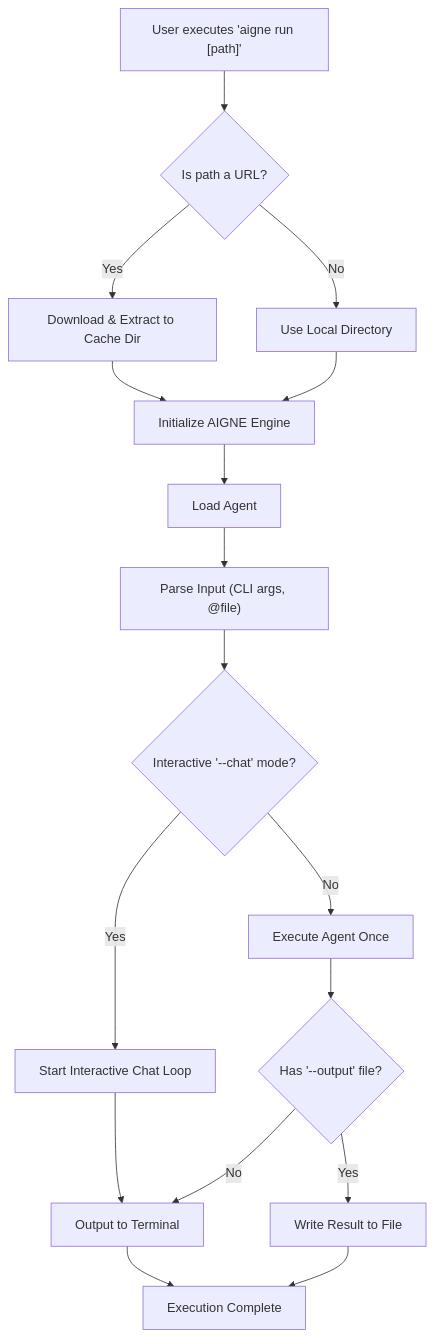
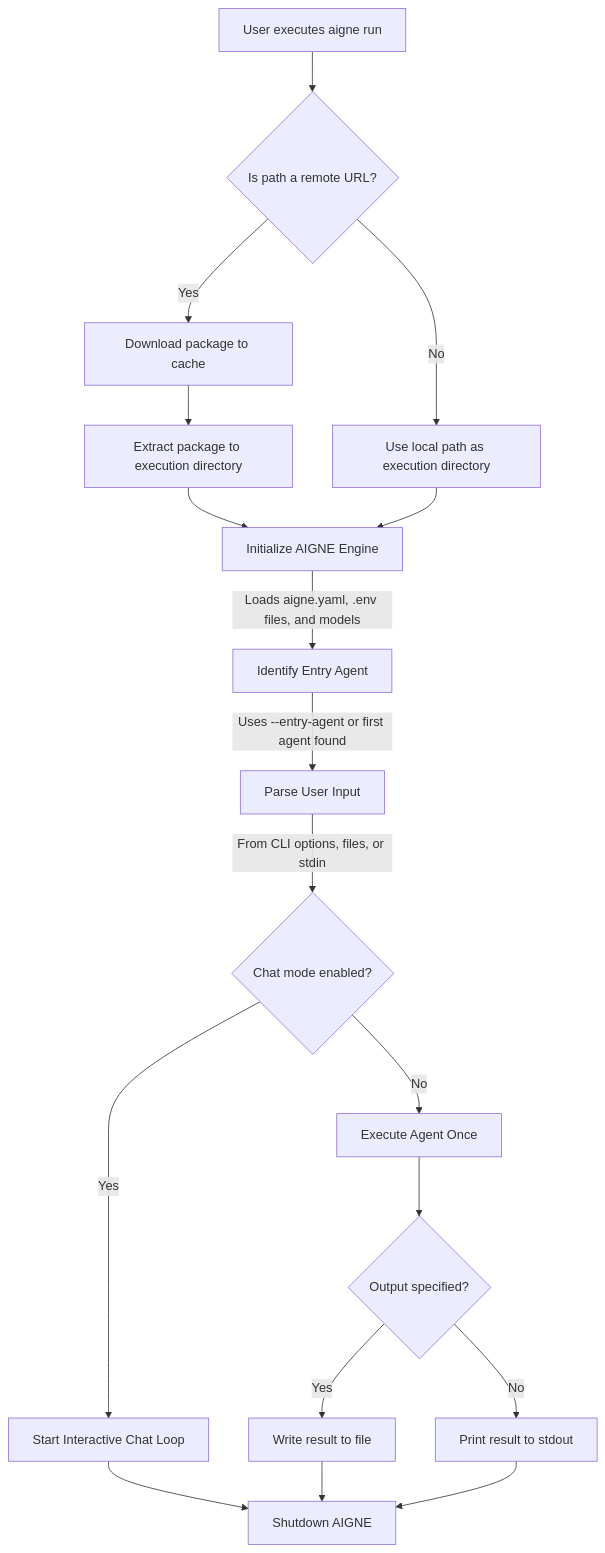
Before and after one commit to AIGNE-io/aigne-framework: the diagram in packages/cli/docs/command-reference-run.md, drawn with Mermaid. The commit also changed other lines of this file and 27 other files, not shown here.

````diff
--- a/packages/cli/docs/command-reference-run.md
+++ b/packages/cli/docs/command-reference-run.md
@@ -9,19 +28,20 @@
 ```mermaid
 flowchart TD
-    A["User executes 'aigne run [path]'"] --> B{Is path a URL?};
-    B -- "Yes" --> C["Download & Extract to Cache Dir"];
-    B -- "No" --> D["Use Local Directory"];
-    C --> E["Initialize AIGNE Engine"];
-    D --> E;
-    E --> F["Load Agent"];
-    F --> G["Parse Input (CLI args, @file)"];
-    G --> H{Interactive '--chat' mode?};
-    H -- "Yes" --> I["Start Interactive Chat Loop"];
-    H -- "No" --> J["Execute Agent Once"];
-    I --> K["Output to Terminal"];
-    J --> L{Has '--output' file?};
-    L -- "Yes" --> M["Write Result to File"];
-    L -- "No" --> K;
-    K --> N["Execution Complete"];
-    M --> N;
+    A["User executes aigne run"] --> B{"Is path a remote URL?"};
+    B -- "Yes" --> C["Download package to cache"];
+    C --> D["Extract package to execution directory"];
+    B -- "No" --> E["Use local path as execution directory"];
+    D --> F["Initialize AIGNE Engine"];
+    E --> F;
+    F -- "Loads aigne.yaml, .env files, and models" --> G["Identify Entry Agent"];
+    G -- "Uses --entry-agent or first agent found" --> H["Parse User Input"];
+    H -- "From CLI options, files, or stdin" --> I{"Chat mode enabled?"};
+    I -- "Yes" --> J["Start Interactive Chat Loop"];
+    I -- "No" --> K["Execute Agent Once"];
+    J --> L["Shutdown AIGNE"];
+    K --> M{"Output specified?"};
+    M -- "Yes" --> N["Write result to file"];
+    M -- "No" --> O["Print result to stdout"];
+    N --> L;
+    O --> L;
 ```
````
